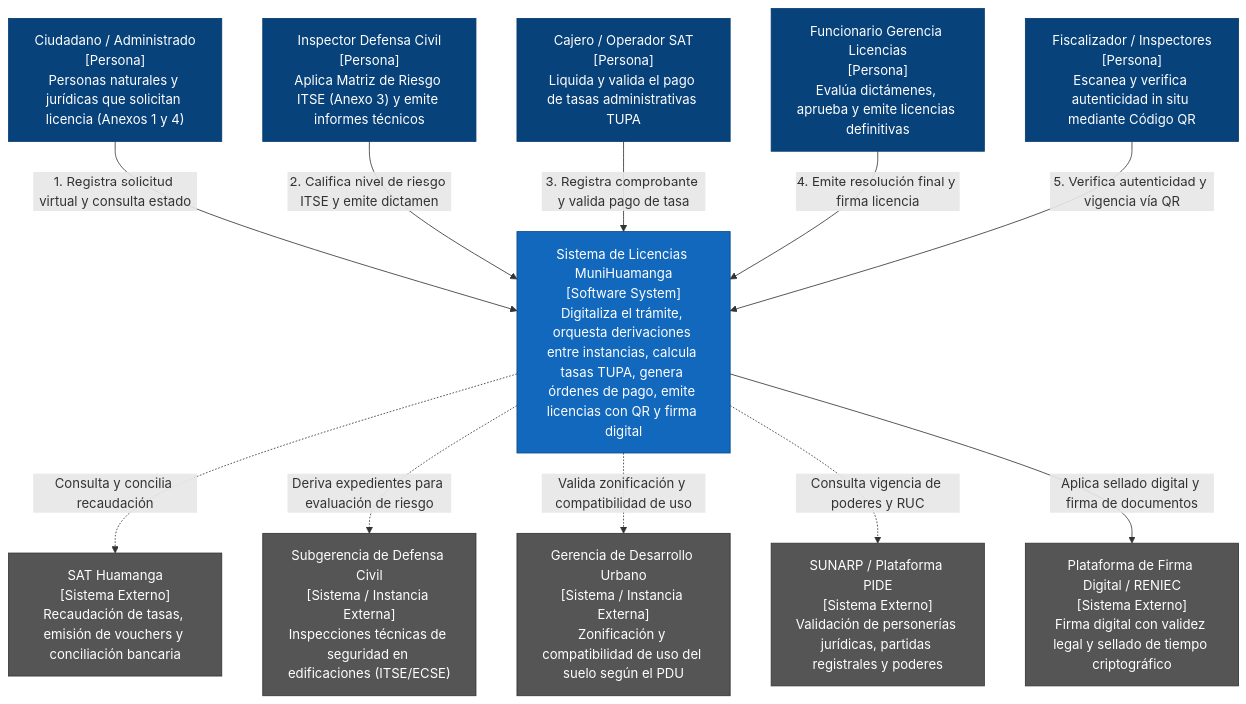
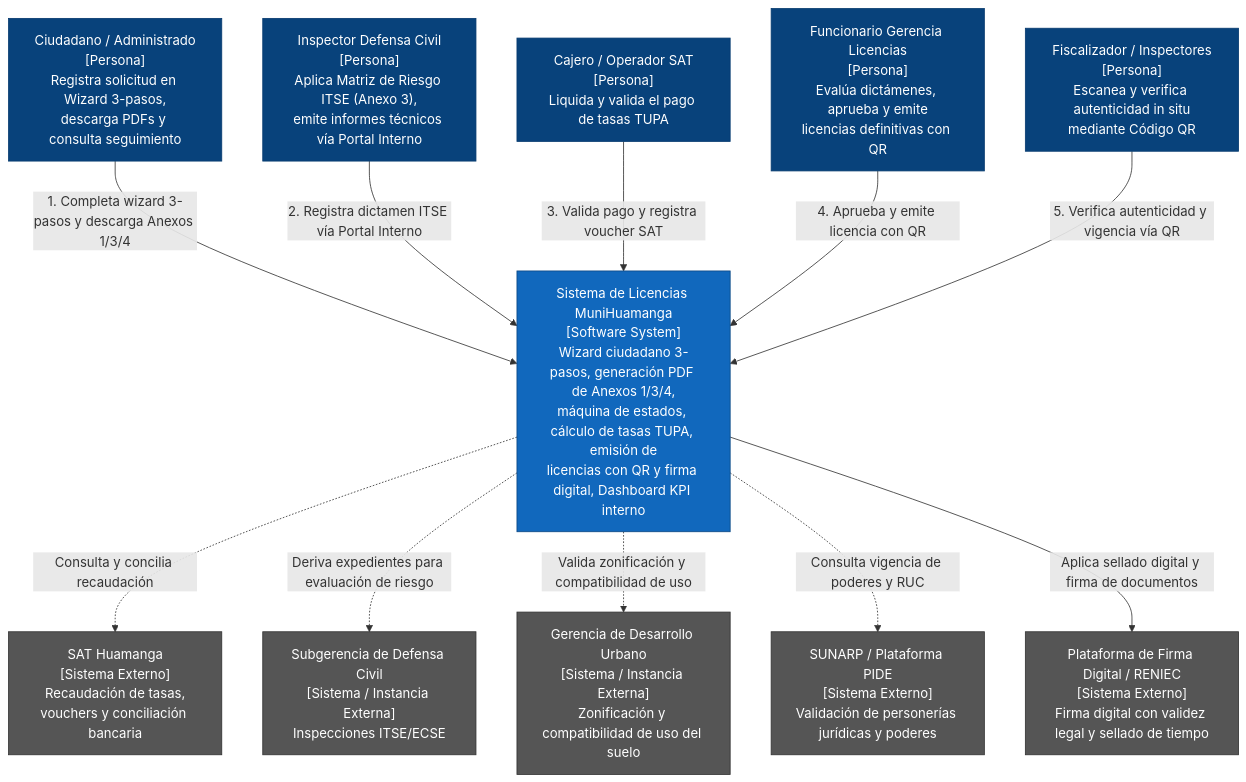
The first of 6 diagrams in docs/arquitectura/c4-model.md (Issirc20/MuniHuamanga), drawn with Mermaid before and after one commit. The commit also changed other lines of this file, not shown here.

Commit message:
docs(arquitectura/c4): actualizar modelo C4 a fase-03 con wizard frontend, diagrama componentes formularios, flujo wizard mermaid y stack tecnologico completo

````diff
--- a/docs/arquitectura/c4-model.md
+++ b/docs/arquitectura/c4-model.md
@@ -13,32 +13,32 @@
 ```mermaid
 graph TD
     classDef person fill:#08427b,stroke:#073b6f,color:#fff;
     classDef system fill:#1168bd,stroke:#0b4884,color:#fff;
     classDef extSystem fill:#555555,stroke:#333333,color:#fff;
 
-    solicitante["Ciudadano / Administrado<br>[Persona]<br>Personas naturales y jurídicas que solicitan licencia (Anexos 1 y 4)"]:::person
-    inspectorItse["Inspector Defensa Civil<br>[Persona]<br>Aplica Matriz de Riesgo ITSE (Anexo 3) y emite informes técnicos"]:::person
-    cajeroSat["Cajero / Operador SAT<br>[Persona]<br>Liquida y valida el pago de tasas administrativas TUPA"]:::person
-    funcionarioGL["Funcionario Gerencia Licencias<br>[Persona]<br>Evalúa dictámenes, aprueba y emite licencias definitivas"]:::person
-    fiscalizador["Fiscalizador / Inspectores<br>[Persona]<br>Escanea y verifica autenticidad in situ mediante Código QR"]:::person
+    solicitante["Ciudadano / Administrado<br>[Persona]<br>Registra solicitud en Wizard 3-pasos,<br>descarga PDFs y consulta seguimiento"]:::person
+    inspectorItse["Inspector Defensa Civil<br>[Persona]<br>Aplica Matriz de Riesgo ITSE (Anexo 3),<br>emite informes técnicos vía Portal Interno"]:::person
+    cajeroSat["Cajero / Operador SAT<br>[Persona]<br>Liquida y valida el pago de tasas TUPA"]:::person
+    funcionarioGL["Funcionario Gerencia Licencias<br>[Persona]<br>Evalúa dictámenes, aprueba y emite<br>licencias definitivas con QR"]:::person
+    fiscalizador["Fiscalizador / Inspectores<br>[Persona]<br>Escanea y verifica autenticidad in situ<br>mediante Código QR"]:::person
 
-    sistema["Sistema de Licencias MuniHuamanga<br>[Software System]<br>Digitaliza el trámite, orquesta derivaciones entre instancias, calcula tasas TUPA, genera órdenes de pago, emite licencias con QR y firma digital"]:::system
+    sistema["Sistema de Licencias MuniHuamanga<br>[Software System]<br>Wizard ciudadano 3-pasos, generación PDF de Anexos 1/3/4,<br>máquina de estados, cálculo de tasas TUPA, emisión de<br>licencias con QR y firma digital, Dashboard KPI interno"]:::system
 
-    sat["SAT Huamanga<br>[Sistema Externo]<br>Recaudación de tasas, emisión de vouchers y conciliación bancaria"]:::extSystem
-    defensaCivil["Subgerencia de Defensa Civil<br>[Sistema / Instancia Externa]<br>Inspecciones técnicas de seguridad en edificaciones (ITSE/ECSE)"]:::extSystem
-    desarrolloUrbano["Gerencia de Desarrollo Urbano<br>[Sistema / Instancia Externa]<br>Zonificación y compatibilidad de uso del suelo según el PDU"]:::extSystem
-    sunarp["SUNARP / Plataforma PIDE<br>[Sistema Externo]<br>Validación de personerías jurídicas, partidas registrales y poderes"]:::extSystem
-    reniecPki["Plataforma de Firma Digital / RENIEC<br>[Sistema Externo]<br>Firma digital con validez legal y sellado de tiempo criptográfico"]:::extSystem
+    sat["SAT Huamanga<br>[Sistema Externo]<br>Recaudación de tasas,<br>vouchers y conciliación bancaria"]:::extSystem
+    defensaCivil["Subgerencia de Defensa Civil<br>[Sistema / Instancia Externa]<br>Inspecciones ITSE/ECSE"]:::extSystem
+    desarrolloUrbano["Gerencia de Desarrollo Urbano<br>[Sistema / Instancia Externa]<br>Zonificación y compatibilidad de uso del suelo"]:::extSystem
+    sunarp["SUNARP / Plataforma PIDE<br>[Sistema Externo]<br>Validación de personerías jurídicas y poderes"]:::extSystem
+    reniecPki["Plataforma de Firma Digital / RENIEC<br>[Sistema Externo]<br>Firma digital con validez legal y sellado de tiempo"]:::extSystem
 
-    solicitante -->|1. Registra solicitud virtual y consulta estado| sistema
-    inspectorItse -->|2. Califica nivel de riesgo ITSE y emite dictamen| sistema
-    cajeroSat -->|3. Registra comprobante y valida pago de tasa| sistema
-    funcionarioGL -->|4. Emite resolución final y firma licencia| sistema
+    solicitante -->|1. Completa wizard 3-pasos y descarga Anexos 1/3/4| sistema
+    inspectorItse -->|2. Registra dictamen ITSE vía Portal Interno| sistema
+    cajeroSat -->|3. Valida pago y registra voucher SAT| sistema
+    funcionarioGL -->|4. Aprueba y emite licencia con QR| sistema
     fiscalizador -->|5. Verifica autenticidad y vigencia vía QR| sistema
 
     sistema -.->|Consulta y concilia recaudación| sat
     sistema -.->|Deriva expedientes para evaluación de riesgo| defensaCivil
     sistema -.->|Valida zonificación y compatibilidad de uso| desarrolloUrbano
     sistema -.->|Consulta vigencia de poderes y RUC| sunarp
     sistema -->|Aplica sellado digital y firma de documentos| reniecPki
 ```
````
